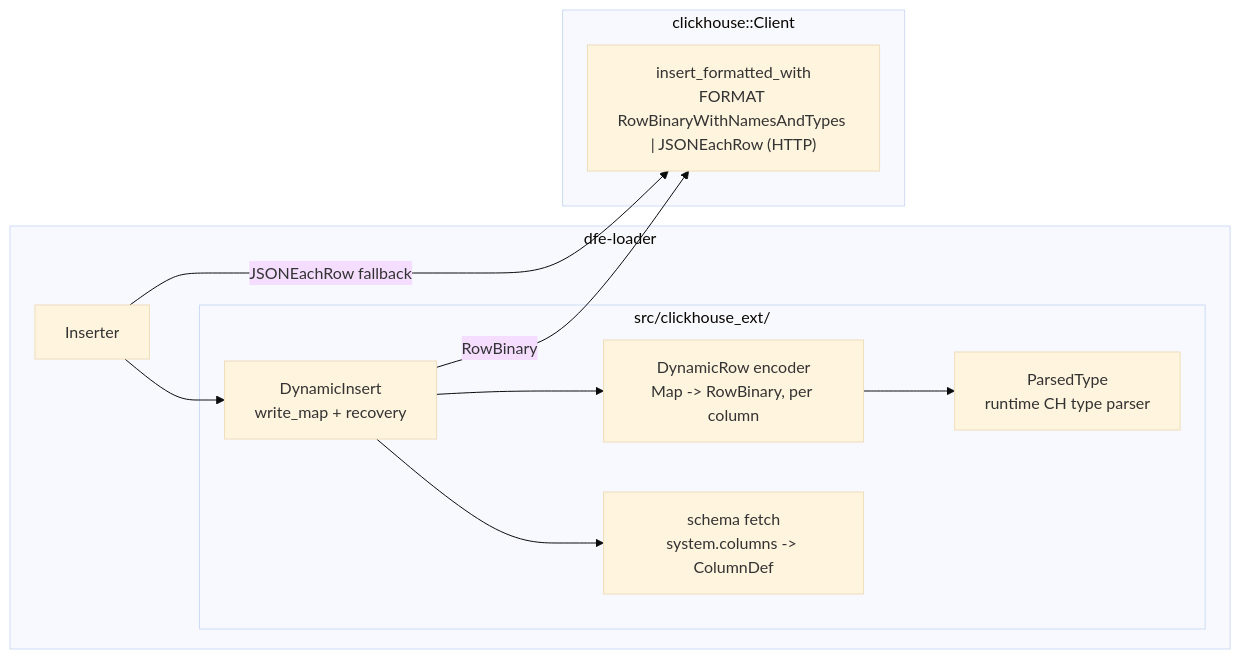
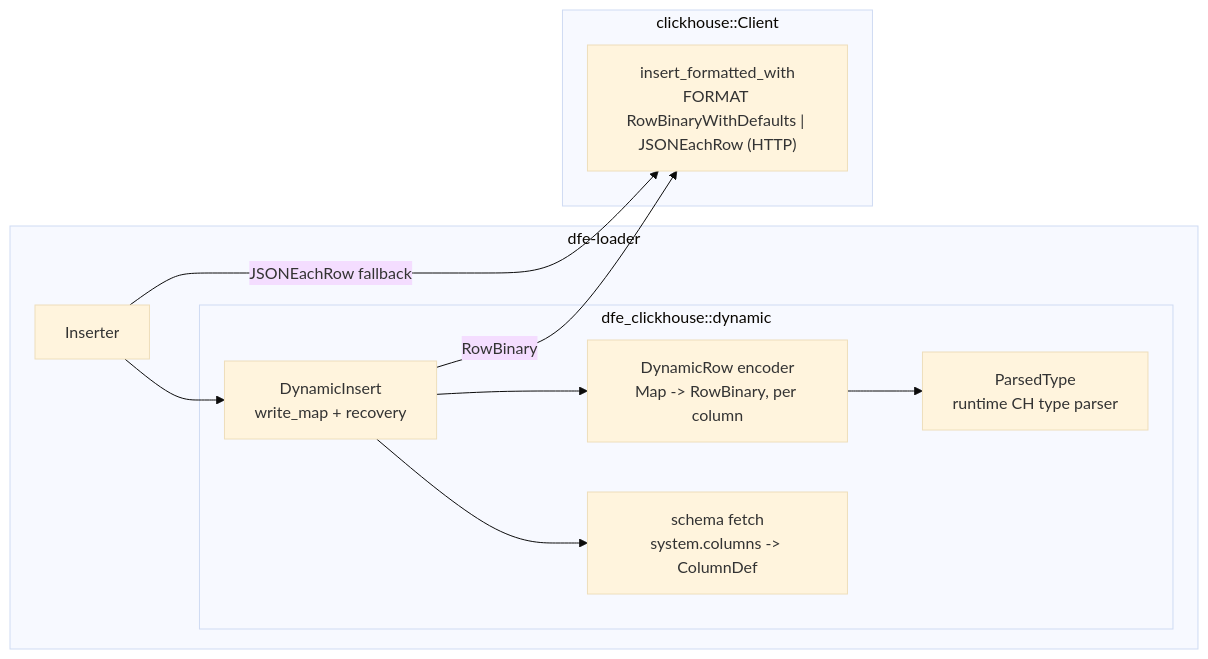
Before and after one commit to hyperi-io/dfe-loader: the second of 3 diagrams in docs/architecture.md, drawn with Mermaid (base theme). The commit also changed other lines of this file and 69 other files, not shown here.

Commit message:
fix(insert): replace copy with dfe-clickhouse's dynamic insert (#303)

````diff
--- a/docs/architecture.md
+++ b/docs/architecture.md
@@ -68,21 +68,21 @@
 ```mermaid
 flowchart LR
     subgraph loader["dfe-loader"]
         INS["Inserter"]
-        subgraph ext["src/clickhouse_ext/"]
+        subgraph ext["dfe_clickhouse::dynamic"]
             PT["ParsedType<br/>runtime CH type parser"]
             ENC["DynamicRow encoder<br/>Map -> RowBinary, per column"]
             SCH["schema fetch<br/>system.columns -> ColumnDef"]
             DI["DynamicInsert<br/>write_map + recovery"]
         end
     end
     subgraph client["clickhouse::Client"]
-        IFW["insert_formatted_with<br/>FORMAT RowBinaryWithNamesAndTypes | JSONEachRow (HTTP)"]
+        IFW["insert_formatted_with<br/>FORMAT RowBinaryWithDefaults | JSONEachRow (HTTP)"]
     end
 
     INS --> DI
     DI --> ENC --> PT
     DI --> SCH
     DI -->|RowBinary| IFW
     INS -->|JSONEachRow fallback| IFW
 ```
````
